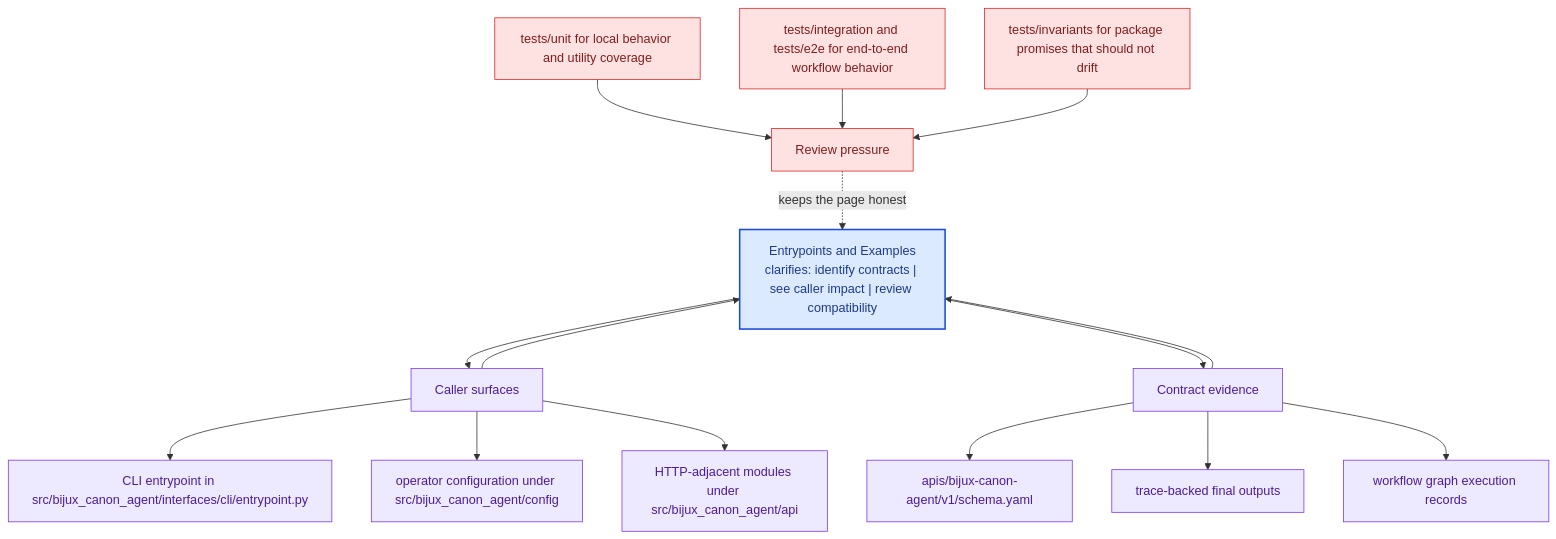
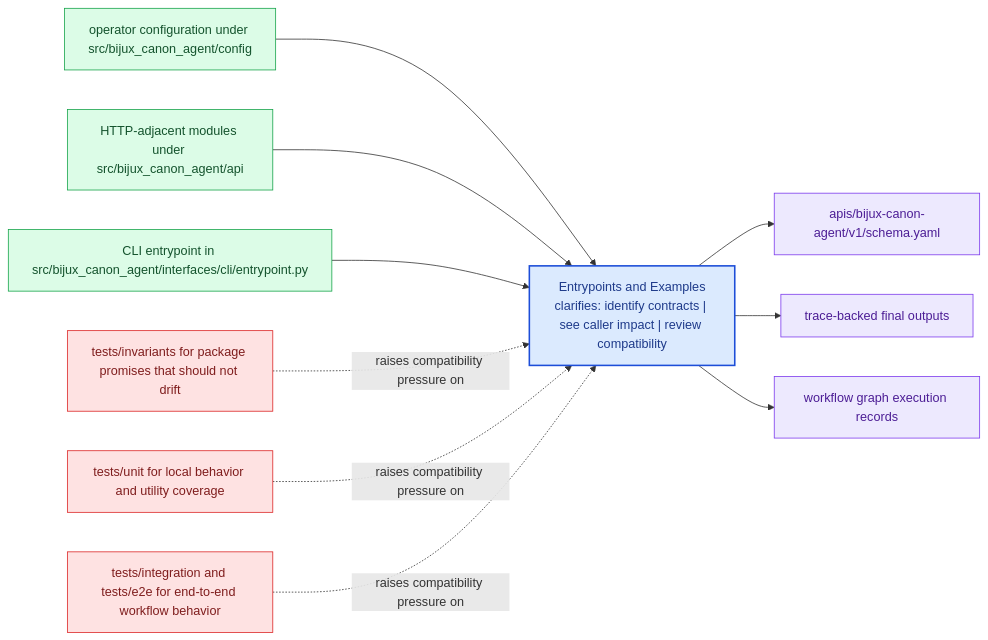
One commit to bijux/bijux-canon changed the diagram in docs/bijux-canon-agent/interfaces/entrypoints-and-examples.md. Above: the diagram before and after it, drawn with Mermaid. The commit also changed other lines of this file and 281 other files, not shown here.

Commit message:
docs(diagrams): replace repeated mermaid scaffolds with page-specific summaries

````diff
--- a/docs/bijux-canon-agent/interfaces/entrypoints-and-examples.md
+++ b/docs/bijux-canon-agent/interfaces/entrypoints-and-examples.md
@@ -67,41 +22,31 @@
 ```mermaid
-flowchart TB
-    promise["Entrypoints and Examples<br/>clarifies: identify contracts | see caller impact | review compatibility"]
-    classDef promise fill:#dbeafe,stroke:#1d4ed8,color:#1e3a8a,stroke-width:2px;
-    classDef driver fill:#dcfce7,stroke:#16a34a,color:#14532d;
-    classDef constraint fill:#fee2e2,stroke:#dc2626,color:#7f1d1d;
-    classDef ground fill:#ede9fe,stroke:#7c3aed,color:#4c1d95;
-    focus1["Caller surfaces"]
-    focus1 --> promise
-    promise --> focus1
-    focus1_1["CLI entrypoint in src/bijux_canon_agent/interfaces/cli/entrypoint.py"]
-    focus1 --> focus1_1
-    focus1_2["operator configuration under src/bijux_canon_agent/config"]
-    focus1 --> focus1_2
-    focus1_3["HTTP-adjacent modules under src/bijux_canon_agent/api"]
-    focus1 --> focus1_3
-    class focus1 ground;
-    class focus1_1,focus1_2,focus1_3 ground;
-    focus2["Contract evidence"]
-    focus2 --> promise
-    promise --> focus2
-    focus2_1["apis/bijux-canon-agent/v1/schema.yaml"]
-    focus2 --> focus2_1
-    focus2_2["trace-backed final outputs"]
-    focus2 --> focus2_2
-    focus2_3["workflow graph execution records"]
-    focus2 --> focus2_3
-    class focus2 ground;
-    class focus2_1,focus2_2,focus2_3 ground;
-    focus3["Review pressure"]
-    focus3 -.keeps the page honest.-> promise
-    focus3_1["tests/unit for local behavior and utility coverage"]
-    focus3_1 --> focus3
-    focus3_2["tests/integration and tests/e2e for end-to-end workflow behavior"]
-    focus3_2 --> focus3
-    focus3_3["tests/invariants for package promises that should not drift"]
-    focus3_3 --> focus3
-    class focus3 constraint;
-    class focus3_1,focus3_2,focus3_3 constraint;
-    class promise promise;
+flowchart LR
+    page["Entrypoints and Examples<br/>clarifies: identify contracts | see caller impact | review compatibility"]
+    classDef page fill:#dbeafe,stroke:#1d4ed8,color:#1e3a8a,stroke-width:2px;
+    classDef positive fill:#dcfce7,stroke:#16a34a,color:#14532d;
+    classDef caution fill:#fee2e2,stroke:#dc2626,color:#7f1d1d;
+    classDef anchor fill:#ede9fe,stroke:#7c3aed,color:#4c1d95;
+    classDef action fill:#fef3c7,stroke:#d97706,color:#7c2d12;
+    surface1["operator configuration under src/bijux_canon_agent/config"]
+    surface1 --> page
+    surface2["HTTP-adjacent modules under src/bijux_canon_agent/api"]
+    surface2 --> page
+    surface3["CLI entrypoint in src/bijux_canon_agent/interfaces/cli/entrypoint.py"]
+    surface3 --> page
+    proof1["apis/bijux-canon-agent/v1/schema.yaml"]
+    page --> proof1
+    proof2["trace-backed final outputs"]
+    page --> proof2
+    proof3["workflow graph execution records"]
+    page --> proof3
+    review1["tests/invariants for package promises that should not drift"]
+    review1 -.raises compatibility pressure on.-> page
+    review2["tests/unit for local behavior and utility coverage"]
+    review2 -.raises compatibility pressure on.-> page
+    review3["tests/integration and tests/e2e for end-to-end workflow behavior"]
+    review3 -.raises compatibility pressure on.-> page
+    class page page;
+    class surface1,surface2,surface3 positive;
+    class proof1,proof2,proof3 anchor;
+    class review1,review2,review3 caution;
 ```
````
